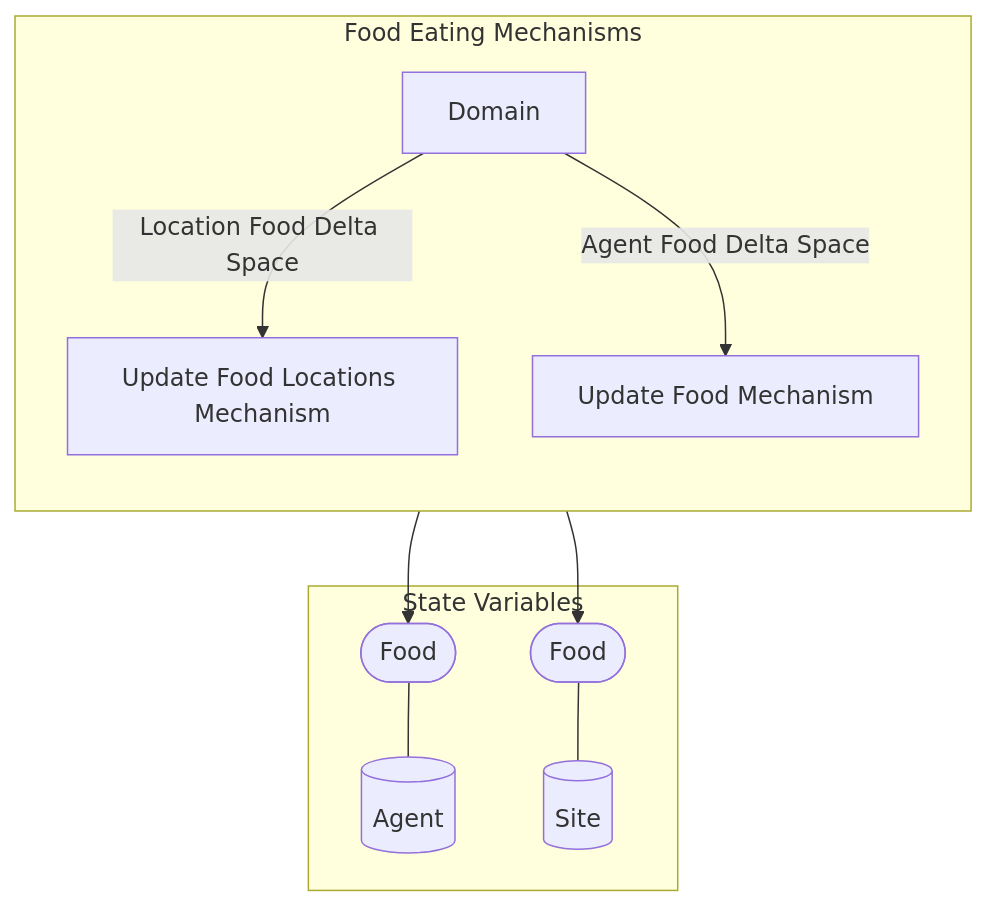
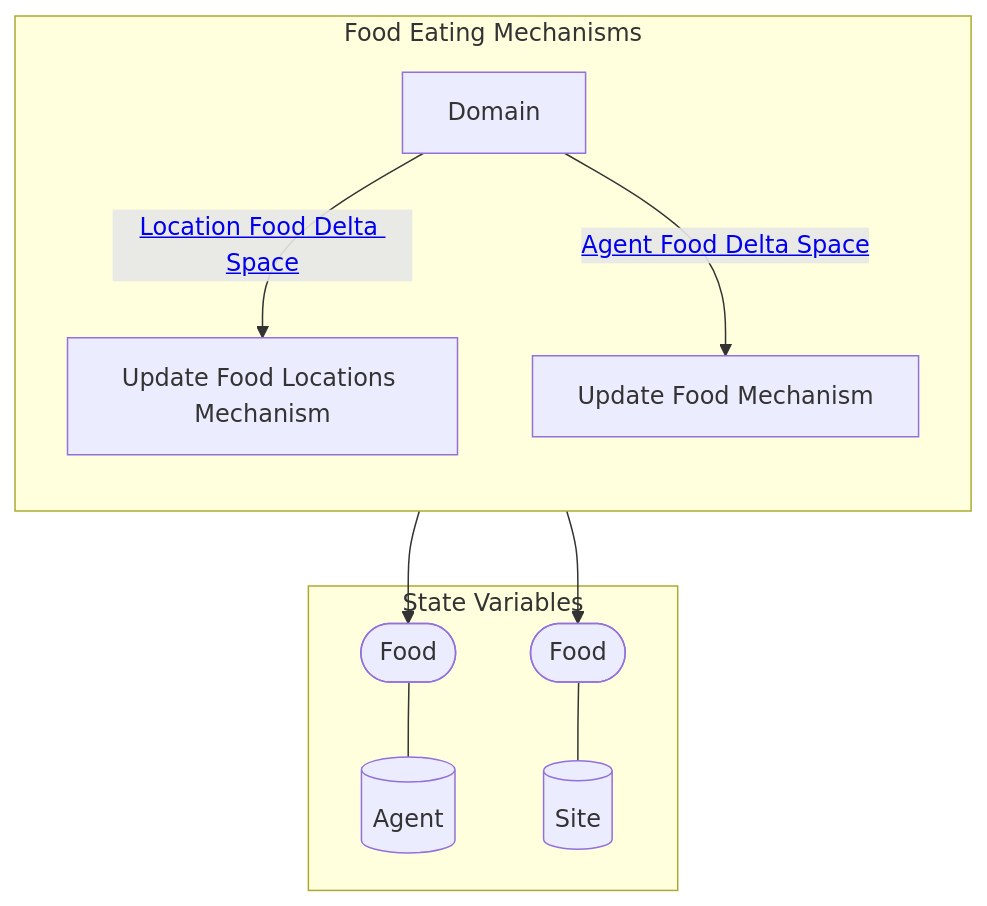
One commit to BlockScience/Predator-Prey-MSML changed the first of 2 diagrams in reports/obsidian/Wiring/Food Eating Mechanisms.md. Above: the diagram before and after it, drawn with Mermaid. The commit also changed other lines of this file and 48 other files, not shown here.

````diff
--- a/reports/obsidian/Wiring/Food Eating Mechanisms.md
+++ b/reports/obsidian/Wiring/Food Eating Mechanisms.md
@@ -4,32 +4,32 @@
 ```mermaid
 graph TB
 
 subgraph SVS["State Variables"]
 EE0[("Agent")]
 EE1[("Site")]
 EES0(["Food"])
 EES0 --- EE0
 EES1(["Food"])
 EES1 --- EE1
 end
 
 subgraph X5["Food Eating Mechanisms"]
 direction TB
 X1["Update Food Locations Mechanism"]
 X1 --> EES1
 X2["Update Food Mechanism"]
 X2 --> EES0
 X3[Domain]
 
 direction LR
 direction TB
-X3 --"Location Food Delta Space"--> X1
-X3 --"Agent Food Delta Space"--> X2
+X3 --"<a href='Location Food Delta Space' class=internal-link>Location Food Delta Space</a>"--> X1
+X3 --"<a href='Agent Food Delta Space' class=internal-link>Agent Food Delta Space</a>"--> X2
 end
 class X1 internal-link;
 class X2 internal-link;
 class X4 internal-link;
 class EE0 internal-link;
 class EE1 internal-link;
 
 ```
````
